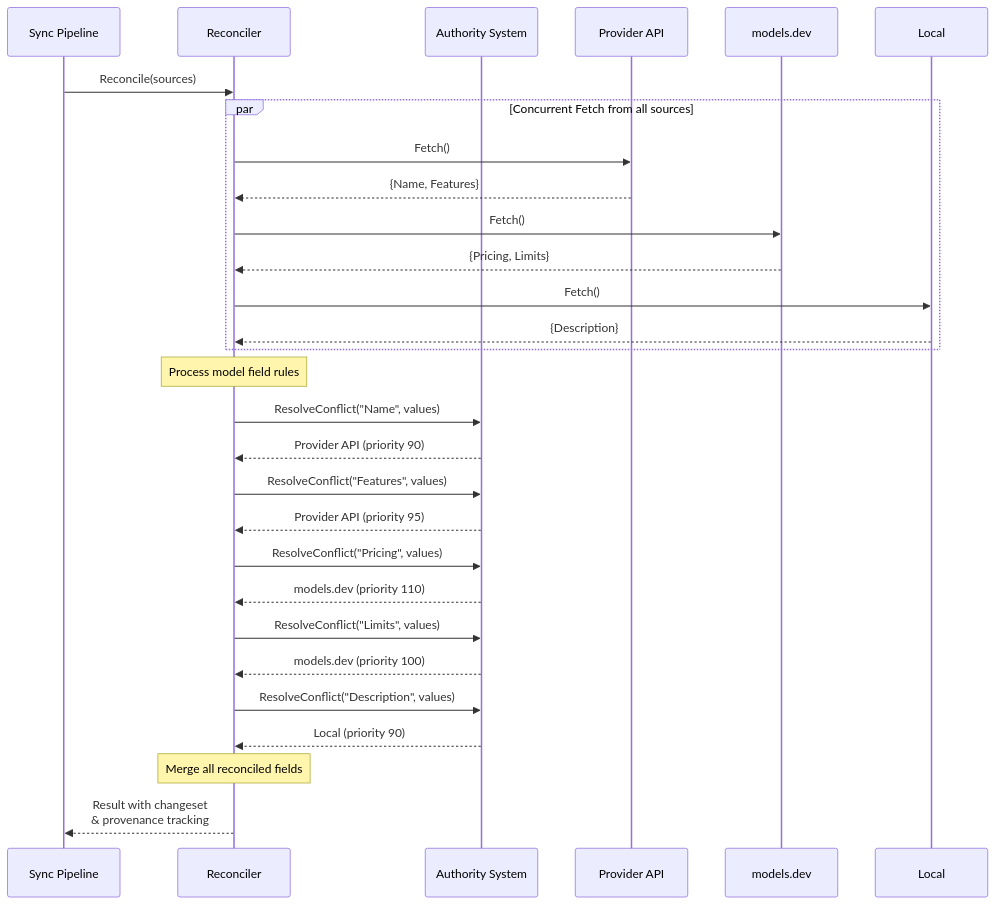
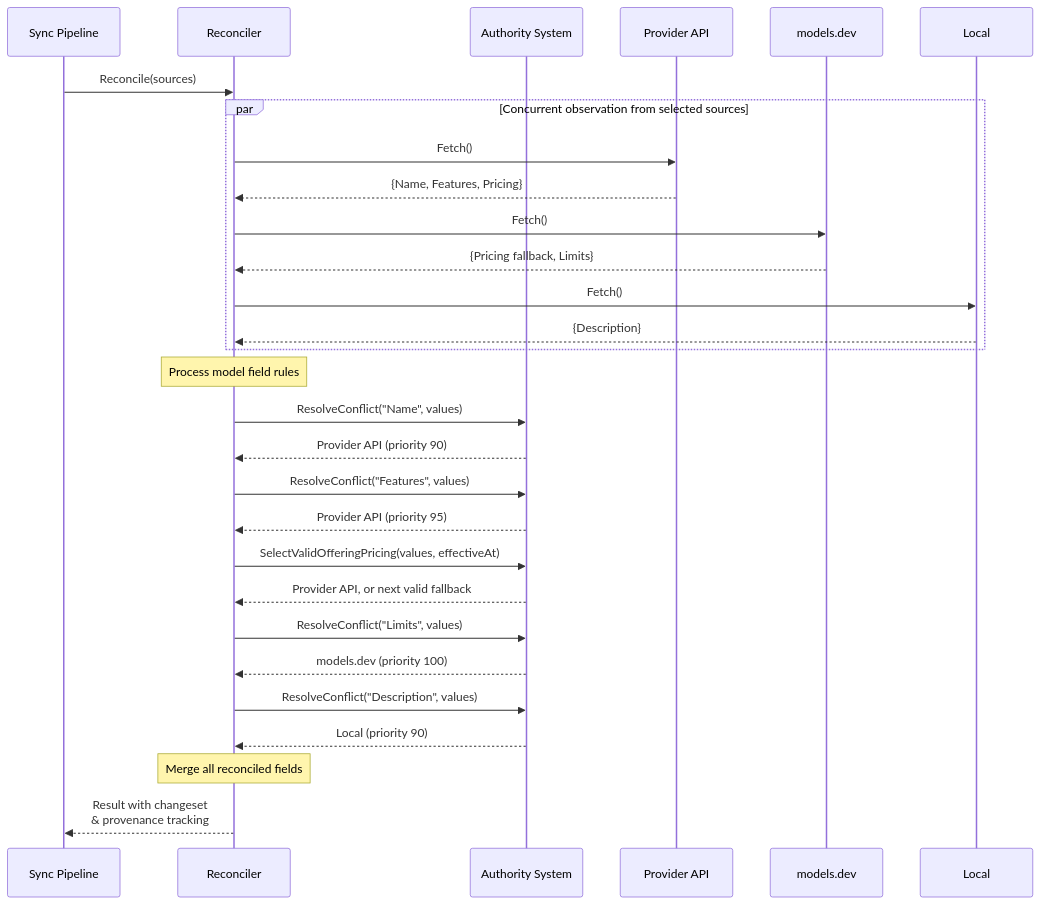
One commit to agentstation/starmap changed the sixth of 8 diagrams in docs/ARCHITECTURE.md. Above: the diagram before and after it, drawn with Mermaid. The commit also changed other lines of this file and 511 other files, not shown here.

````diff
--- a/docs/ARCHITECTURE.md
+++ b/docs/ARCHITECTURE.md
@@ -850,41 +1287,41 @@
 ```mermaid
 sequenceDiagram
     participant Sync as Sync Pipeline
     participant Rec as Reconciler
     participant Auth as Authority System
     participant P as Provider API
     participant M as models.dev
     participant L as Local
 
     Sync->>Rec: Reconcile(sources)
 
-    par Concurrent Fetch from all sources
+    par Concurrent observation from selected sources
         Rec->>P: Fetch()
-        P-->>Rec: {Name, Features}
+        P-->>Rec: {Name, Features, Pricing}
         Rec->>M: Fetch()
-        M-->>Rec: {Pricing, Limits}
+        M-->>Rec: {Pricing fallback, Limits}
         Rec->>L: Fetch()
         L-->>Rec: {Description}
     end
 
     Note over Rec: Process model field rules
 
     Rec->>Auth: ResolveConflict("Name", values)
     Auth-->>Rec: Provider API (priority 90)
 
     Rec->>Auth: ResolveConflict("Features", values)
     Auth-->>Rec: Provider API (priority 95)
 
-    Rec->>Auth: ResolveConflict("Pricing", values)
-    Auth-->>Rec: models.dev (priority 110)
+    Rec->>Auth: SelectValidOfferingPricing(values, effectiveAt)
+    Auth-->>Rec: Provider API, or next valid fallback
 
     Rec->>Auth: ResolveConflict("Limits", values)
     Auth-->>Rec: models.dev (priority 100)
 
     Rec->>Auth: ResolveConflict("Description", values)
     Auth-->>Rec: Local (priority 90)
 
     Note over Rec: Merge all reconciled fields
 
     Rec-->>Sync: Result with changeset<br/>& provenance tracking
 ```
````
